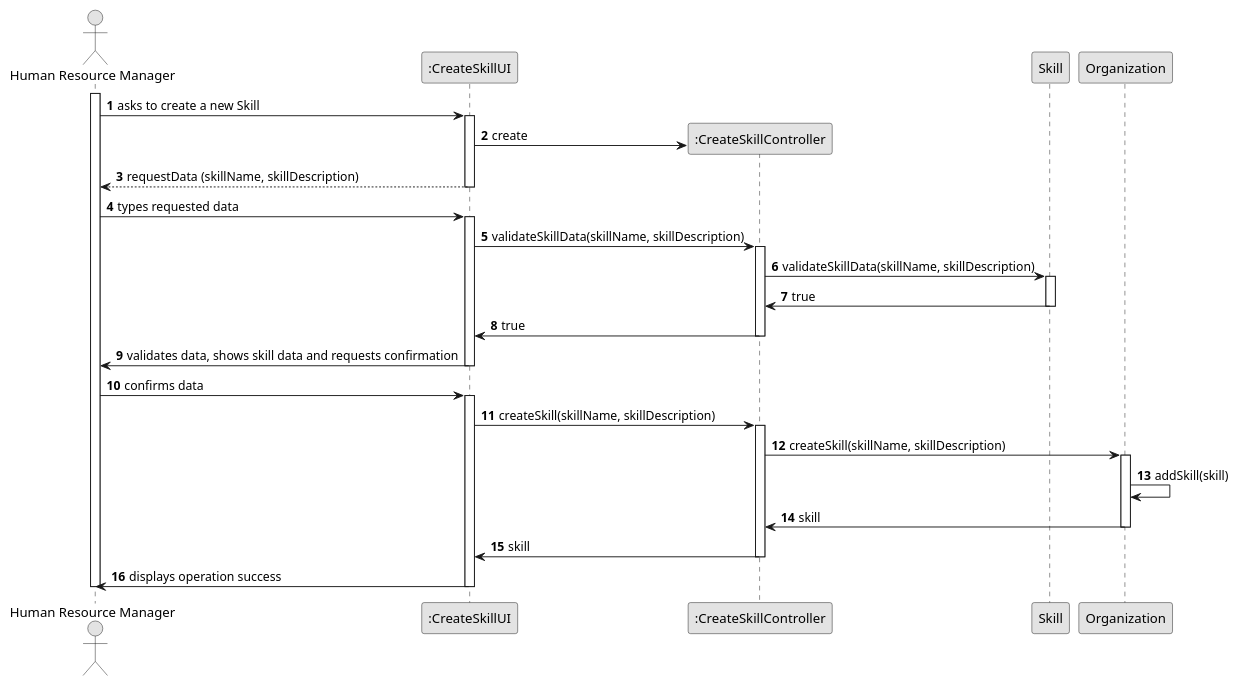
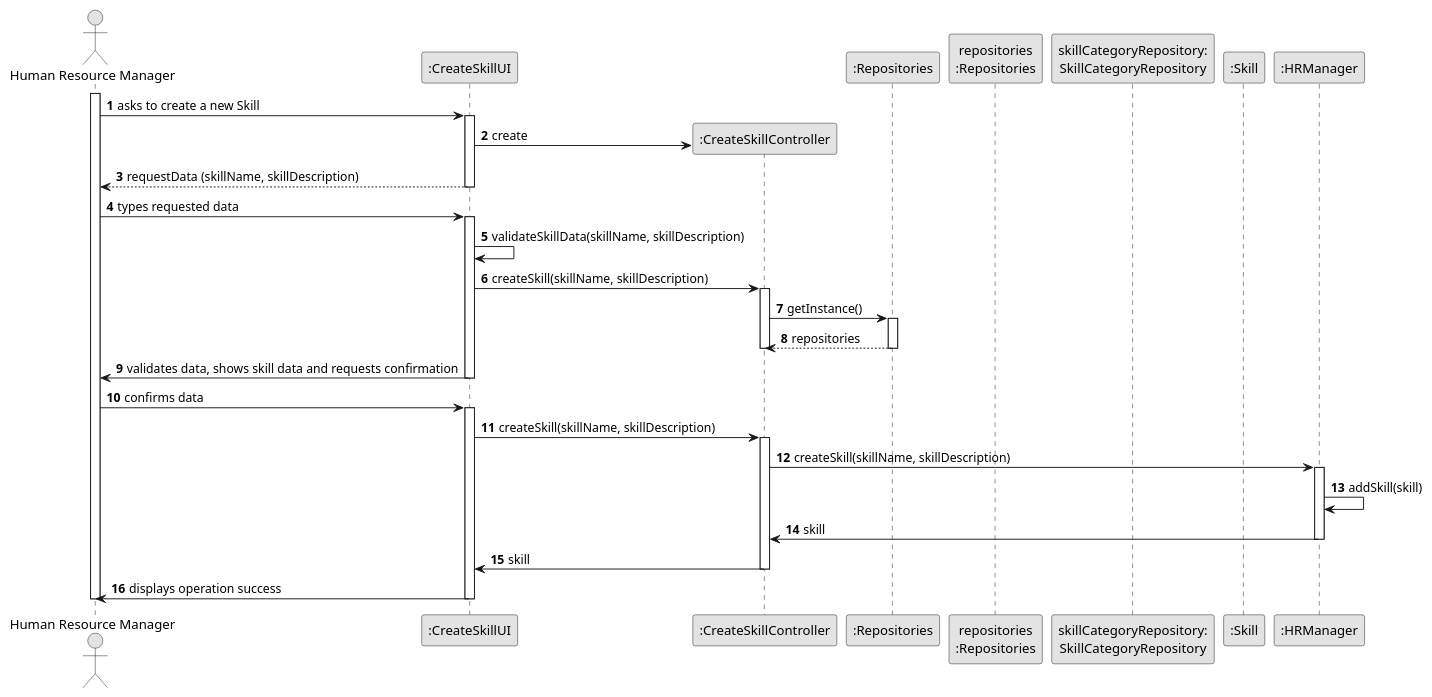
Before and after one commit to Paulo-Pereira-at-ISEP/lei-24-s2-1nanb-g321: the diagram in docs/sprintB/us01/03.design/puml/us01-sequence-diagram-full.puml, drawn with PlantUML.

Commit message:
LGGPM-115 - US01 Sequence Diagram update

```diff
--- a/docs/sprintB/us01/03.design/puml/us01-sequence-diagram-full.puml
+++ b/docs/sprintB/us01/03.design/puml/us01-sequence-diagram-full.puml
@@ -1,82 +1,90 @@
 @startuml
 skinparam monochrome true
 skinparam packageStyle rectangle
 skinparam shadowing false
 
 autonumber
 
 'hide footbox
 
 actor "Human Resource Manager" as HRM
 participant ":CreateSkillUI" as UI
 participant ":CreateSkillController" as CTRL
-participant "Skill" as SKILL
-participant "Organization" as ORG
+participant ":Repositories" as RepositorySingleton
+participant "repositories\n:Repositories" as PLAT
+participant "skillCategoryRepository:\nSkillCategoryRepository" as SkillRepository
+participant ":Skill" as SKILL
+participant ":HRManager" as MNGR
 
 activate HRM
 
         HRM -> UI : asks to create a new Skill
 
         activate UI
             'create CTRL
             UI -> CTRL** : create
 
+
+
             'requests the HRM to input data
             UI --> HRM : requestData (skillName, skillDescription)
         deactivate UI
 
         HRM -> UI : types requested data
 
         activate UI
 
-            UI -> CTRL : validateSkillData(skillName, skillDescription)
+            UI -> UI : validateSkillData(skillName, skillDescription)
+
+            UI -> CTRL : createSkill(skillName, skillDescription)
             activate CTRL
-                'inserted data validation
 
+                CTRL -> RepositorySingleton : getInstance()
 
-                CTRL -> SKILL : validateSkillData(skillName, skillDescription)
+                activate RepositorySingleton
 
-                activate SKILL
+                    RepositorySingleton --> CTRL : repositories
 
-                    SKILL -> CTRL : true
+                deactivate RepositorySingleton
 
-                deactivate SKILL
-
-                CTRL -> UI : true
-
-                deactivate CTRL
+            deactivate CTRL
 
                 UI -> HRM : validates data, shows skill data and requests confirmation
 
 
 
         deactivate UI
 
 
     HRM -> UI : confirms data
     activate UI
 
         UI -> CTRL : createSkill(skillName, skillDescription)
         activate CTRL
 
-            CTRL -> ORG : createSkill(skillName, skillDescription)
+            CTRL -> MNGR : createSkill(skillName, skillDescription)
 
-            activate ORG
 
-                ORG -> ORG : addSkill(skill)
+            'CTRL -> SkillRepository : getSkill()
+            'activate SkillRepository
+            '    SkillRepository --> CTRL : skillList
+            'deactivate SkillRepository
+            activate MNGR
 
-                ORG -> CTRL : skill
+                MNGR -> MNGR : addSkill(skill)
 
-            deactivate ORG
+                MNGR -> CTRL : skill
+
+            deactivate MNGR
 
             CTRL -> UI : skill
 
         deactivate CTRL
 
         UI -> HRM : displays operation success
 
     deactivate UI
 
 deactivate HRM
 
 @enduml
```
